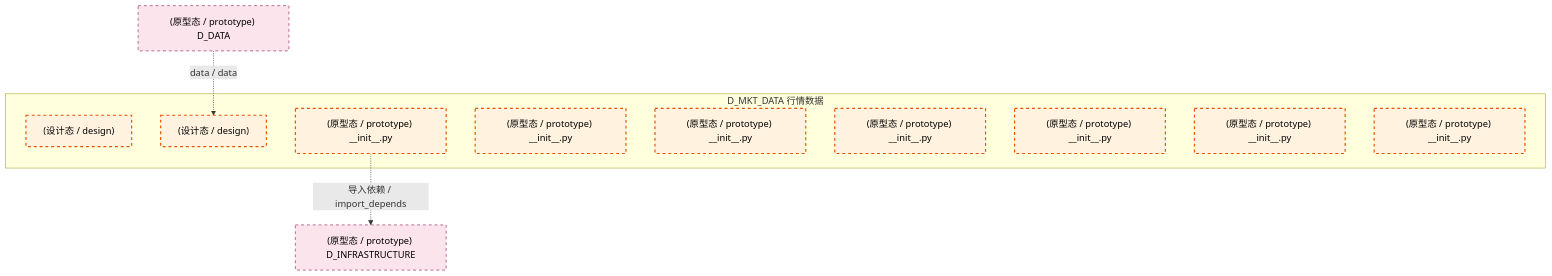
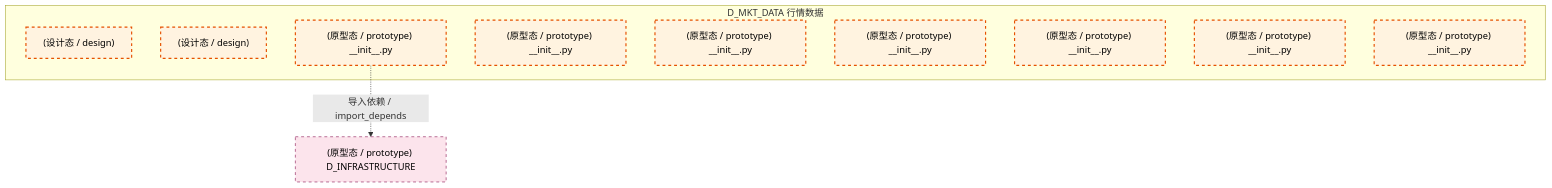
The first of 4 diagrams in docs/02_enterprise_architecture/02_domain_architecture_docs/20_d_mkt_data.md (xuanFelixVan/ZephyrAlpha), drawn with Mermaid before and after one commit. The commit also changed other lines of this file and 126 other files, not shown here.

````diff
--- a/docs/02_enterprise_architecture/02_domain_architecture_docs/20_d_mkt_data.md
+++ b/docs/02_enterprise_architecture/02_domain_architecture_docs/20_d_mkt_data.md
@@ -72,24 +72,22 @@
 ```mermaid
 graph TD
     subgraph D_MKT_DATA["D_MKT_DATA 行情数据"]
         docs_03_modules_cross_layer_database_sub_blueprints_c1_market_clickhouse_md["(设计态 / design) "]
         docs_03_modules_domain_data_data_source_operation_manual_md["(设计态 / design) "]
         src_zephyr_market_data_init_py["(原型态 / prototype) __init__.py"]
         src_zephyr_market_data_extensions_init_py["(原型态 / prototype) __init__.py"]
         src_zephyr_market_data_api_init_py["(原型态 / prototype) __init__.py"]
         src_zephyr_market_data_core_init_py["(原型态 / prototype) __init__.py"]
         src_zephyr_market_data_infrastructure_init_py["(原型态 / prototype) __init__.py"]
         src_zephyr_market_data_models_init_py["(原型态 / prototype) __init__.py"]
         src_zephyr_market_data_services_init_py["(原型态 / prototype) __init__.py"]
     end
     D_INFRASTRUCTURE["(原型态 / prototype) D_INFRASTRUCTURE"]
     src_zephyr_market_data_init_py -.->|导入依赖 / import_depends| D_INFRASTRUCTURE
-    D_DATA["(原型态 / prototype) D_DATA"]
-    D_DATA -.->|data / data| docs_03_modules_domain_data_data_source_operation_manual_md
     classDef production fill:#e1f5fe,stroke:#01579b,stroke-width:2px,color:#000
     classDef design fill:#fff3e0,stroke:#e65100,stroke-width:2px,color:#000,stroke-dasharray: 5 5
     classDef external_prod fill:#e8f5e9,stroke:#1b5e20,stroke-width:1px,color:#000
     classDef external_design fill:#fce4ec,stroke:#880e4f,stroke-width:1px,color:#000,stroke-dasharray: 5 5
     class docs_03_modules_cross_layer_database_sub_blueprints_c1_market_clickhouse_md,docs_03_modules_domain_data_data_source_operation_manual_md,src_zephyr_market_data_init_py,src_zephyr_market_data_extensions_init_py,src_zephyr_market_data_api_init_py,src_zephyr_market_data_core_init_py,src_zephyr_market_data_infrastructure_init_py,src_zephyr_market_data_models_init_py,src_zephyr_market_data_services_init_py design
-    class D_INFRASTRUCTURE,D_DATA external_design
+    class D_INFRASTRUCTURE external_design
 ```
````
